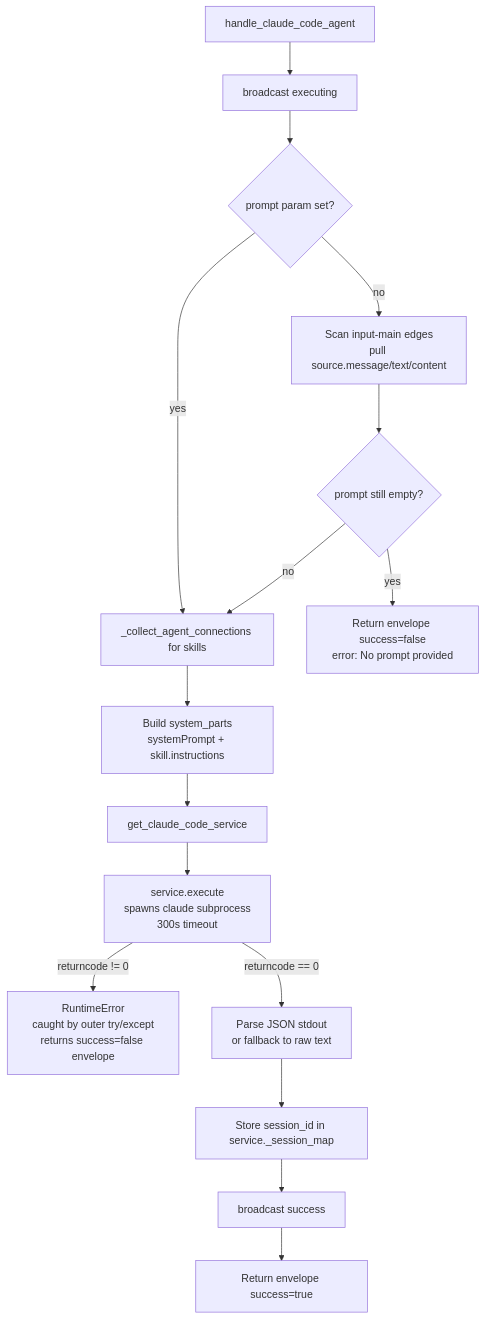
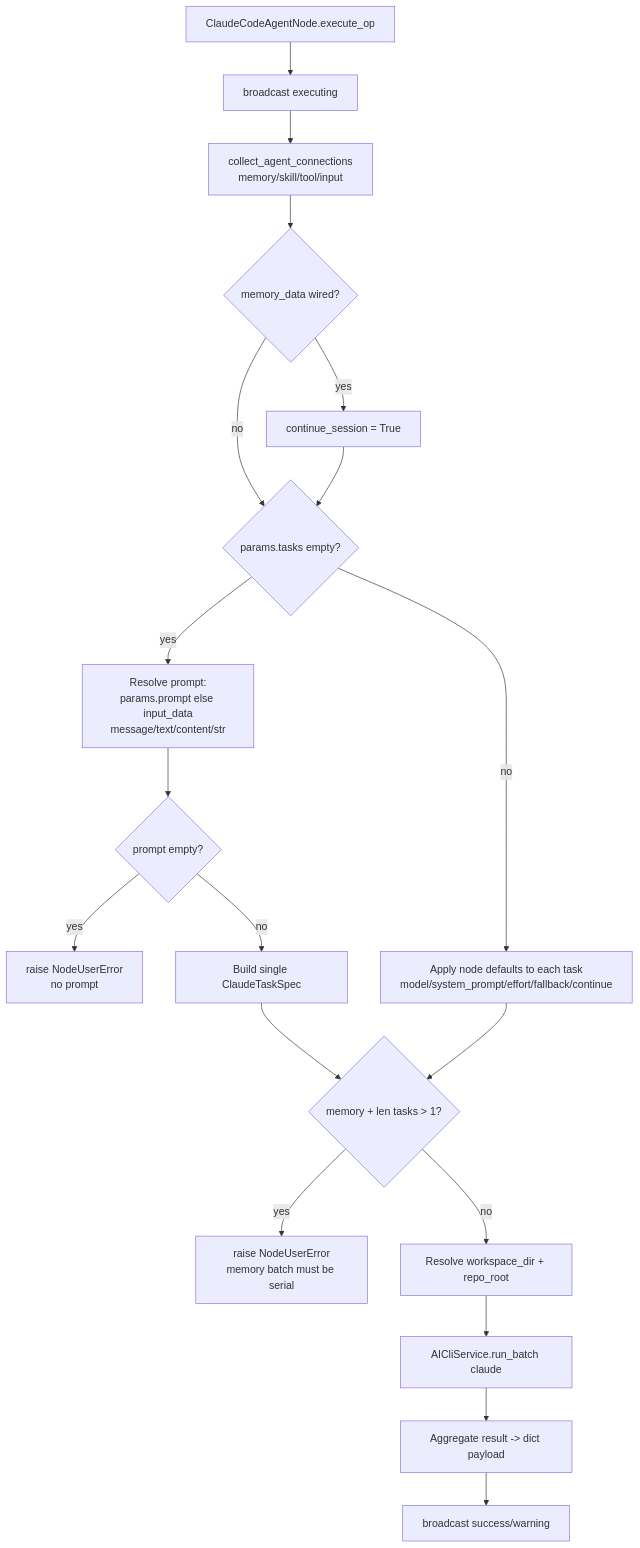
Before and after one commit to zeenie-ai/OpenCompany: the diagram in docs-internal/node-logic-flows/specialized_agents/claudeCodeAgent.md, drawn with Mermaid. The commit also changed other lines of this file and 132 other files, not shown here.

````diff
--- a/docs-internal/node-logic-flows/specialized_agents/claudeCodeAgent.md
+++ b/docs-internal/node-logic-flows/specialized_agents/claudeCodeAgent.md
@@ -47,18 +88,21 @@
 ```mermaid
 flowchart TD
-  A[handle_claude_code_agent] --> B[broadcast executing]
-  B --> C{prompt param set?}
-  C -- no --> D[Scan input-main edges<br/>pull source.message/text/content]
-  C -- yes --> E[_collect_agent_connections for skills]
-  D --> F{prompt still empty?}
-  F -- yes --> G[Return envelope success=false<br/>error: No prompt provided]
-  F -- no --> E
-  E --> H[Build system_parts<br/>systemPrompt + skill.instructions]
-  H --> I[get_claude_code_service]
-  I --> J[service.execute<br/>spawns claude subprocess<br/>300s timeout]
-  J -- returncode != 0 --> K[RuntimeError<br/>caught by outer try/except<br/>returns success=false envelope]
-  J -- returncode == 0 --> L[Parse JSON stdout<br/>or fallback to raw text]
-  L --> M[Store session_id in service._session_map]
-  M --> N[broadcast success]
-  N --> O[Return envelope success=true]
+  A[ClaudeCodeAgentNode.execute_op] --> B[broadcast executing]
+  B --> C[collect_agent_connections<br/>memory/skill/tool/input]
+  C --> D{memory_data wired?}
+  D -- yes --> D1[continue_session = True]
+  D -- no --> E{params.tasks empty?}
+  D1 --> E
+  E -- yes --> F[Resolve prompt:<br/>params.prompt else input_data<br/>message/text/content/str]
+  F --> G{prompt empty?}
+  G -- yes --> H[raise NodeUserError<br/>no prompt]
+  G -- no --> I[Build single ClaudeTaskSpec]
+  E -- no --> J[Apply node defaults to each task<br/>model/system_prompt/effort/fallback/continue]
+  I --> K{memory + len tasks > 1?}
+  J --> K
+  K -- yes --> L[raise NodeUserError<br/>memory batch must be serial]
+  K -- no --> M[Resolve workspace_dir + repo_root]
+  M --> N[AICliService.run_batch claude]
+  N --> O[Aggregate result -> dict payload]
+  O --> P[broadcast success/warning]
 ```
````
